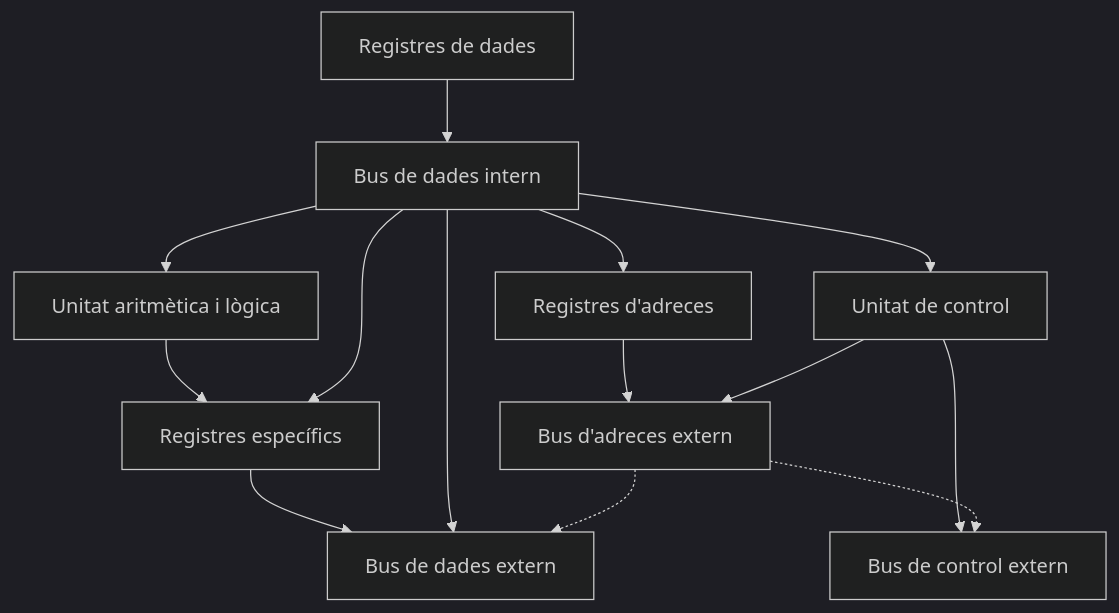
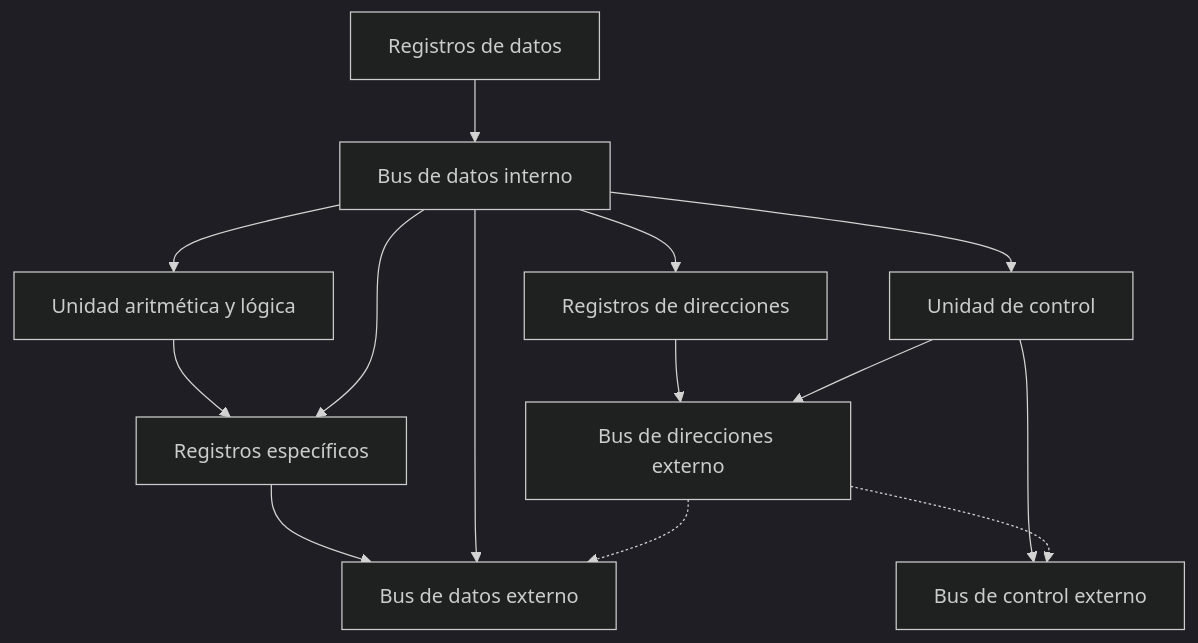
Before and after one commit to v019-exe/Fundamentos-de-maquinaria: the seventh of 7 diagrams in Apuntes A1/Estructura funcional/estructura_funcional.md, drawn with Mermaid (dark theme).

Commit message:
actualización 15

````diff
--- a/Apuntes A1/Estructura funcional/estructura_funcional.md
+++ b/Apuntes A1/Estructura funcional/estructura_funcional.md
@@ -203,23 +203,23 @@
 ```mermaid
 graph TB
     %% Bloques principales
-    registrosDades[Registres de dades] --> busIntern[Bus de dades intern]
-    busIntern --> registrosAdreces[Registres d'adreces]
-    busIntern --> ALU[Unitat aritmètica i lògica]
-    ALU --> registresEspecifics[Registres específics]
-    busIntern --> registresEspecifics
+    registrosDatos[Registros de datos] --> busInterno[Bus de datos interno]
+    busInterno --> registrosDirecciones[Registros de direcciones]
+    busInterno --> ALU[Unidad aritmética y lógica]
+    ALU --> registrosEspecificos[Registros específicos]
+    busInterno --> registrosEspecificos
 
     %% Unidad de control conectada
-    unitatControl[Unitat de control] --> busControlExtern[Bus de control extern]
-    busIntern --> unitatControl
+    unidadControl[Unidad de control] --> busControlExterno[Bus de control externo]
+    busInterno --> unidadControl
 
     %% Buses externos
-    registrosAdreces --> busAdrecesExtern[Bus d'adreces extern]
-    unitatControl --> busAdrecesExtern
-    registresEspecifics --> busDadesExtern[Bus de dades extern]
-    busIntern --> busDadesExtern
+    registrosDirecciones --> busDireccionesExterno[Bus de direcciones externo]
+    unidadControl --> busDireccionesExterno
+    registrosEspecificos --> busDatosExterno[Bus de datos externo]
+    busInterno --> busDatosExterno
 
     %% Relaciones externas
-    busAdrecesExtern -.-> busDadesExtern
-    busAdrecesExtern -.-> busControlExtern
+    busDireccionesExterno -.-> busDatosExterno
+    busDireccionesExterno -.-> busControlExterno
 ```
````
